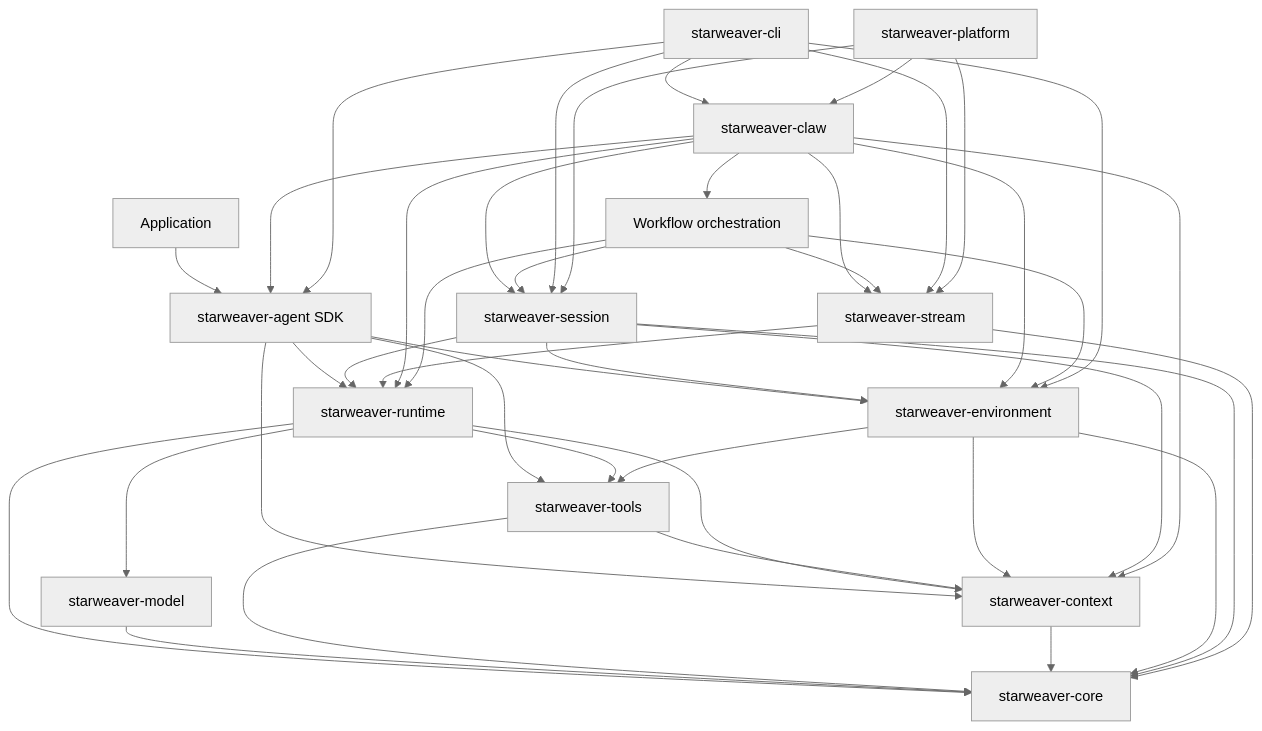
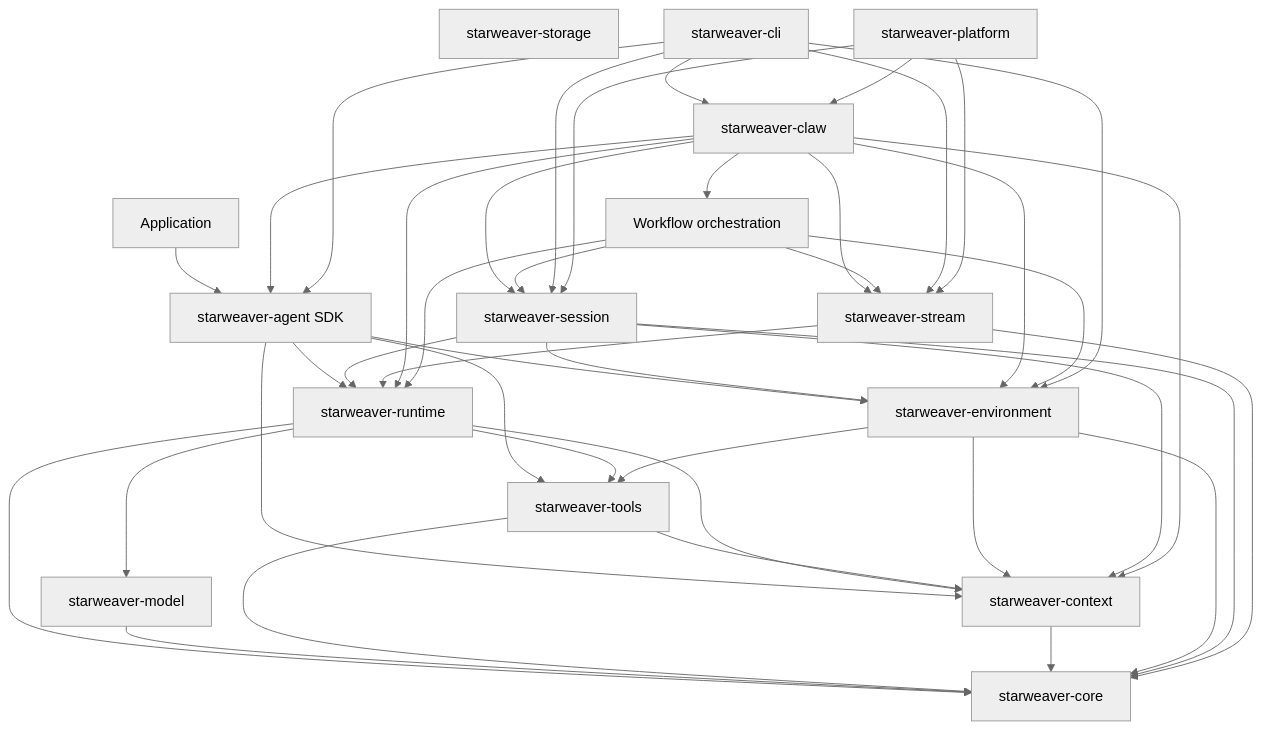
The diagram in spec/README.md (Wh1isper/starweaver), drawn with Mermaid (neutral theme) before and after one commit. The commit also changed other lines of this file and 95 other files, not shown here.

````diff
--- a/spec/README.md
+++ b/spec/README.md
@@ -39,59 +41,60 @@
 ```mermaid
 flowchart TD
     app[Application]
     sdk[starweaver-agent SDK]
     runtime[starweaver-runtime]
     model[starweaver-model]
     tools[starweaver-tools]
     context[starweaver-context]
     core[starweaver-core]
     env[starweaver-environment]
     session[starweaver-session]
     stream[starweaver-stream]
+    storage[starweaver-storage]
     claw[starweaver-claw]
     workflow[Workflow orchestration]
     cli[starweaver-cli]
     platform[starweaver-platform]
 
     app --> sdk
     sdk --> runtime
     sdk --> tools
     sdk --> context
     sdk --> env
     runtime --> model
     runtime --> tools
     runtime --> context
     runtime --> core
     model --> core
     tools --> core
     tools --> context
     context --> core
     env --> core
     env --> context
     env --> tools
     session --> core
     session --> runtime
     session --> context
     session --> env
     stream --> core
     stream --> runtime
     claw --> session
     claw --> stream
     claw --> sdk
     claw --> runtime
     claw --> context
     claw --> env
     claw --> workflow
     workflow --> session
     workflow --> stream
     workflow --> runtime
     workflow --> env
     cli --> session
     cli --> stream
     cli --> sdk
     cli --> env
     cli --> claw
     platform --> stream
     platform --> session
     platform --> claw
 ```
````
